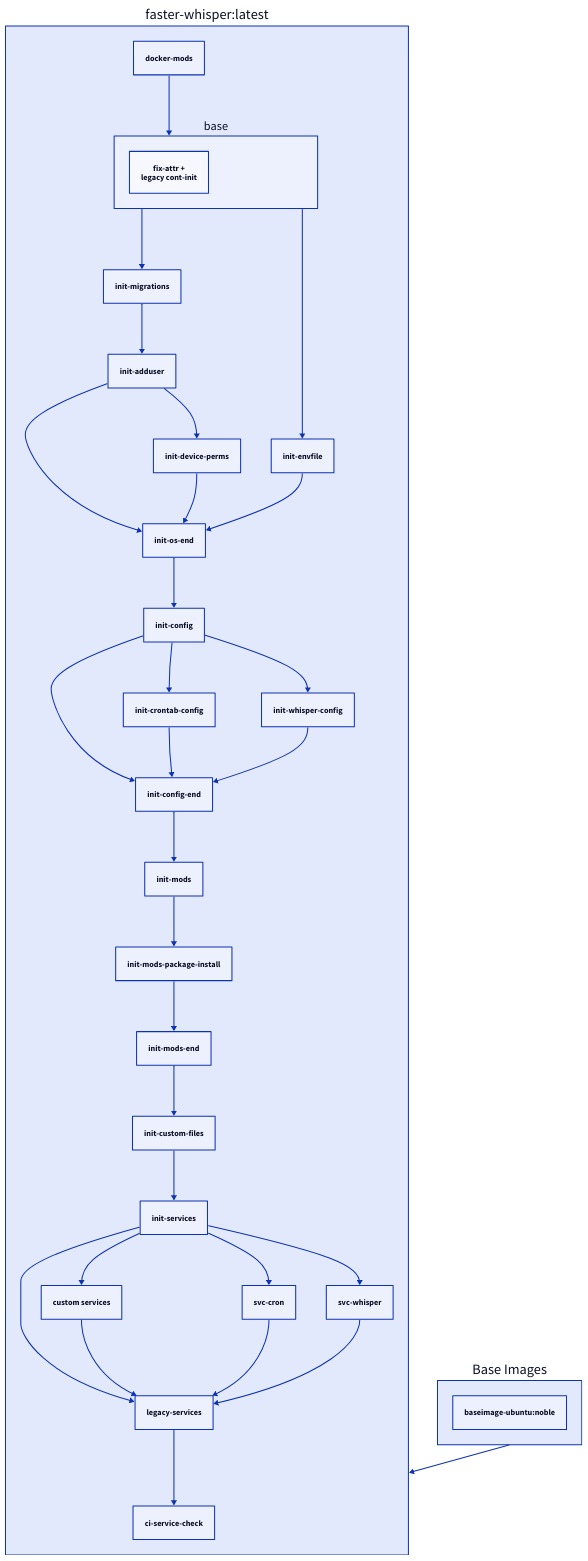
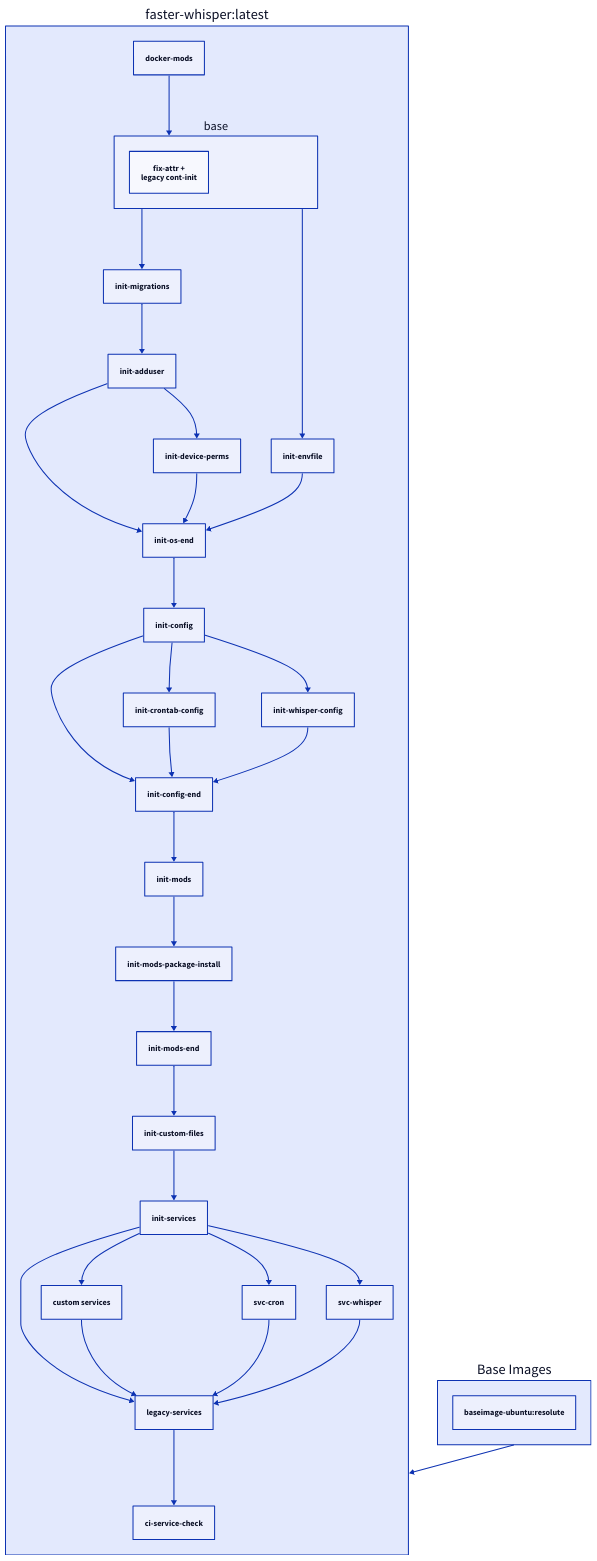
One commit to linuxserver/docker-documentation changed the diagram in docs/images/docker-faster-whisper.md. Above: the diagram before and after it, drawn with D2. The commit also changed other lines of this file, not shown here.

Commit message:
Bot Updating Documentation

````diff
--- a/docs/images/docker-faster-whisper.md
+++ b/docs/images/docker-faster-whisper.md
@@ -312,41 +312,41 @@
     ```d2
     "faster-whisper:latest": {
       docker-mods
       base {
         fix-attr +\nlegacy cont-init
       }
       docker-mods -> base
       legacy-services
       custom services
       init-services -> legacy-services
       init-services -> custom services
       custom services -> legacy-services
       legacy-services -> ci-service-check
       init-migrations -> init-adduser
       init-os-end -> init-config
       init-config -> init-config-end
       init-crontab-config -> init-config-end
       init-whisper-config -> init-config-end
       init-config -> init-crontab-config
       init-mods-end -> init-custom-files
       init-adduser -> init-device-perms
       base -> init-envfile
       base -> init-migrations
       init-config-end -> init-mods
       init-mods-package-install -> init-mods-end
       init-mods -> init-mods-package-install
       init-adduser -> init-os-end
       init-device-perms -> init-os-end
       init-envfile -> init-os-end
       init-custom-files -> init-services
       init-config -> init-whisper-config
       init-services -> svc-cron
       svc-cron -> legacy-services
       init-services -> svc-whisper
       svc-whisper -> legacy-services
     }
     Base Images: {
-      "baseimage-ubuntu:noble"
+      "baseimage-ubuntu:resolute"
     }
     "faster-whisper:latest" <- Base Images
     ```
````
